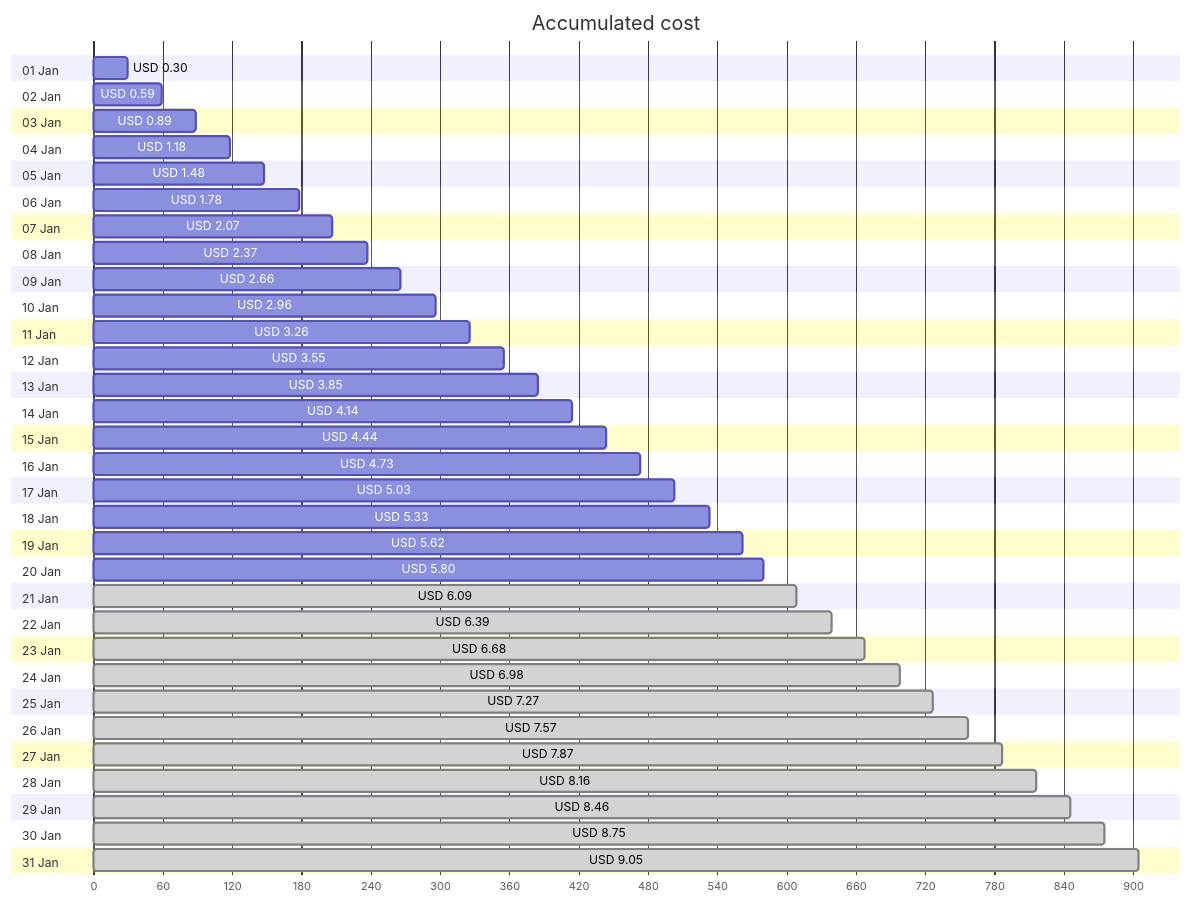
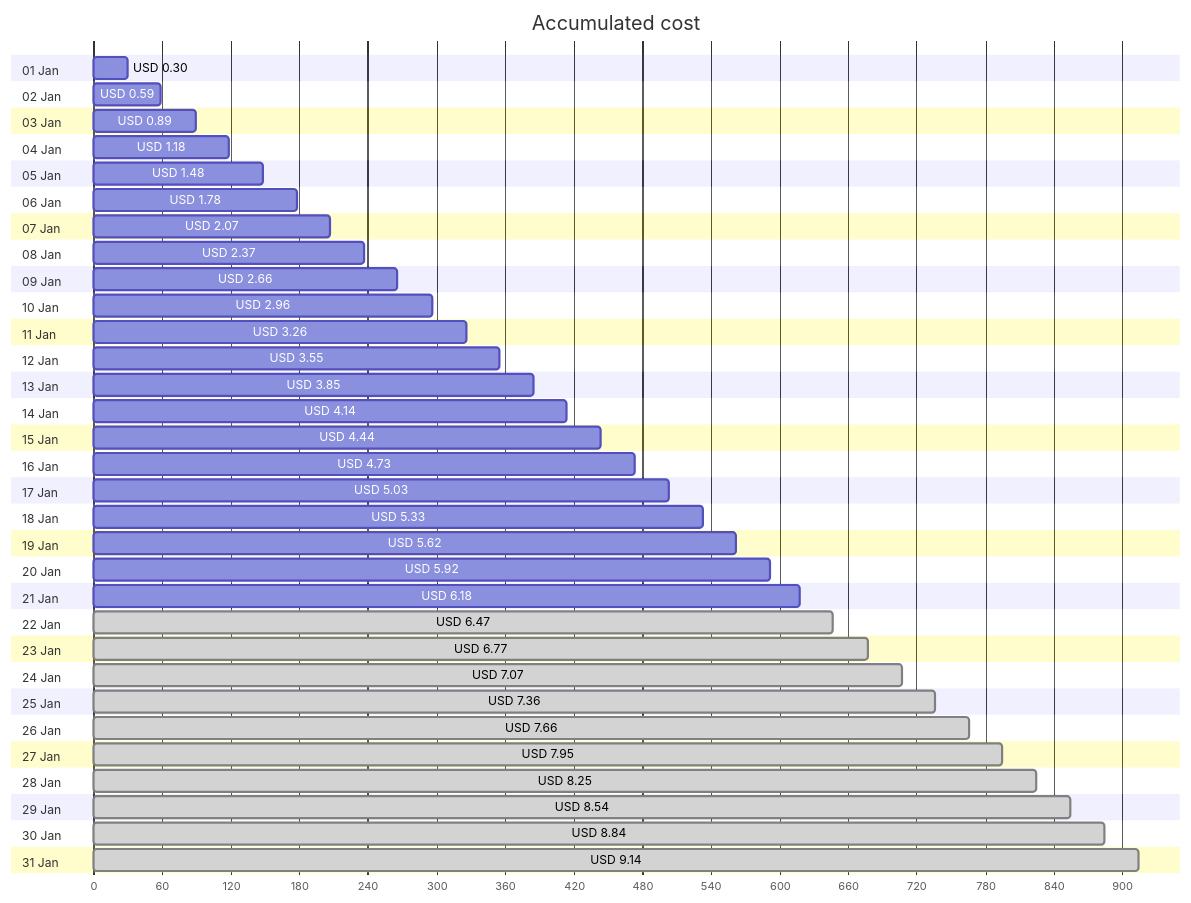
Before and after one commit to jpfulton/azure-personal-reports: the first of 4 diagrams in cost-reports/personal-site/personal-site-preview.md, drawn with Mermaid. The commit also changed other lines of this file and 6 other files, not shown here.

````diff
--- a/cost-reports/personal-site/personal-site-preview.md
+++ b/cost-reports/personal-site/personal-site-preview.md
@@ -20,68 +20,68 @@
 ```mermaid
 gantt
    title Accumulated cost
    dateFormat  X
    axisFormat %s
    section 01 Jan
    USD 0.30 :0, 30
    section 02 Jan
    USD 0.59 :0, 59
    section 03 Jan
    USD 0.89 :0, 89
    section 04 Jan
    USD 1.18 :0, 118
    section 05 Jan
    USD 1.48 :0, 148
    section 06 Jan
    USD 1.78 :0, 178
    section 07 Jan
    USD 2.07 :0, 207
    section 08 Jan
    USD 2.37 :0, 237
    section 09 Jan
    USD 2.66 :0, 266
    section 10 Jan
    USD 2.96 :0, 296
    section 11 Jan
    USD 3.26 :0, 326
    section 12 Jan
    USD 3.55 :0, 355
    section 13 Jan
    USD 3.85 :0, 385
    section 14 Jan
    USD 4.14 :0, 414
    section 15 Jan
    USD 4.44 :0, 444
    section 16 Jan
    USD 4.73 :0, 473
    section 17 Jan
    USD 5.03 :0, 503
    section 18 Jan
    USD 5.33 :0, 533
    section 19 Jan
    USD 5.62 :0, 562
    section 20 Jan
-   USD 5.80 :0, 580
+   USD 5.92 :0, 592
    section 21 Jan
-   USD 6.09 : done, 0, 609
+   USD 6.18 :0, 618
    section 22 Jan
-   USD 6.39 : done, 0, 639
+   USD 6.47 : done, 0, 647
    section 23 Jan
-   USD 6.68 : done, 0, 668
+   USD 6.77 : done, 0, 677
    section 24 Jan
-   USD 6.98 : done, 0, 698
+   USD 7.07 : done, 0, 707
    section 25 Jan
-   USD 7.27 : done, 0, 727
+   USD 7.36 : done, 0, 736
    section 26 Jan
-   USD 7.57 : done, 0, 757
+   USD 7.66 : done, 0, 766
    section 27 Jan
-   USD 7.87 : done, 0, 787
+   USD 7.95 : done, 0, 795
    section 28 Jan
-   USD 8.16 : done, 0, 816
+   USD 8.25 : done, 0, 825
    section 29 Jan
-   USD 8.46 : done, 0, 846
+   USD 8.54 : done, 0, 854
    section 30 Jan
-   USD 8.75 : done, 0, 875
+   USD 8.84 : done, 0, 884
    section 31 Jan
-   USD 9.05 : done, 0, 905
+   USD 9.14 : done, 0, 914
 ```
````
